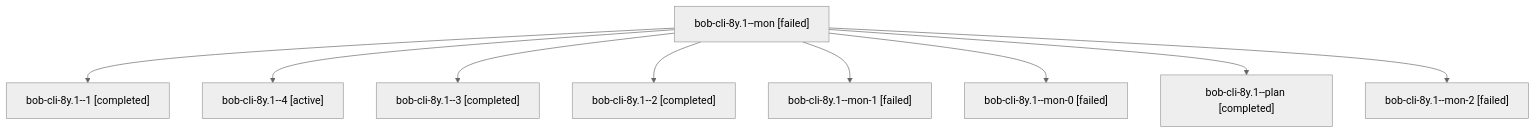
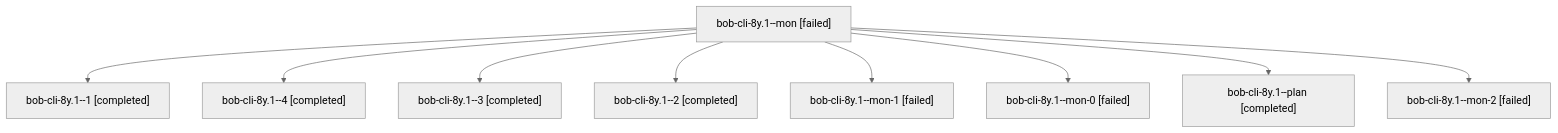
Before and after one commit to bobs-org/bob-cli--agents: the diagram in sessions/bbugyi200.athena.bob-cli-8y.1.md, drawn with Mermaid (neutral theme). The commit also changed other lines of this file and 71 other files, not shown here.

````diff
--- a/sessions/bbugyi200.athena.bob-cli-8y.1.md
+++ b/sessions/bbugyi200.athena.bob-cli-8y.1.md
@@ -9,20 +9,20 @@
 ```mermaid
 flowchart TD
   n0["bob-cli-8y.1--mon [failed]"]
   n1["bob-cli-8y.1--1 [completed]"]
   n0 --> n1
-  n2["bob-cli-8y.1--4 [active]"]
+  n2["bob-cli-8y.1--4 [completed]"]
   n0 --> n2
   n3["bob-cli-8y.1--3 [completed]"]
   n0 --> n3
   n4["bob-cli-8y.1--2 [completed]"]
   n0 --> n4
   n5["bob-cli-8y.1--mon-1 [failed]"]
   n0 --> n5
   n6["bob-cli-8y.1--mon-0 [failed]"]
   n0 --> n6
   n7["bob-cli-8y.1--plan [completed]"]
   n0 --> n7
   n8["bob-cli-8y.1--mon-2 [failed]"]
   n0 --> n8
 ```
````
